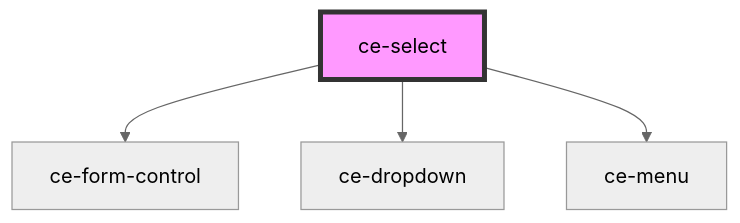
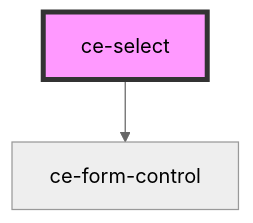
Before and after one commit to surecart/surecart-wp-plugin: the diagram in packages/components/src/components/ui/select/readme.md, drawn with Mermaid (neutral theme). The commit also changed other lines of this file and 18 other files, not shown here.

````diff
--- a/packages/components/src/components/ui/select/readme.md
+++ b/packages/components/src/components/ui/select/readme.md
@@ -54,7 +262,5 @@
 ```mermaid
 graph TD;
   ce-select --> ce-form-control
-  ce-select --> ce-dropdown
-  ce-select --> ce-menu
   style ce-select fill:#f9f,stroke:#333,stroke-width:4px
 ```
````
